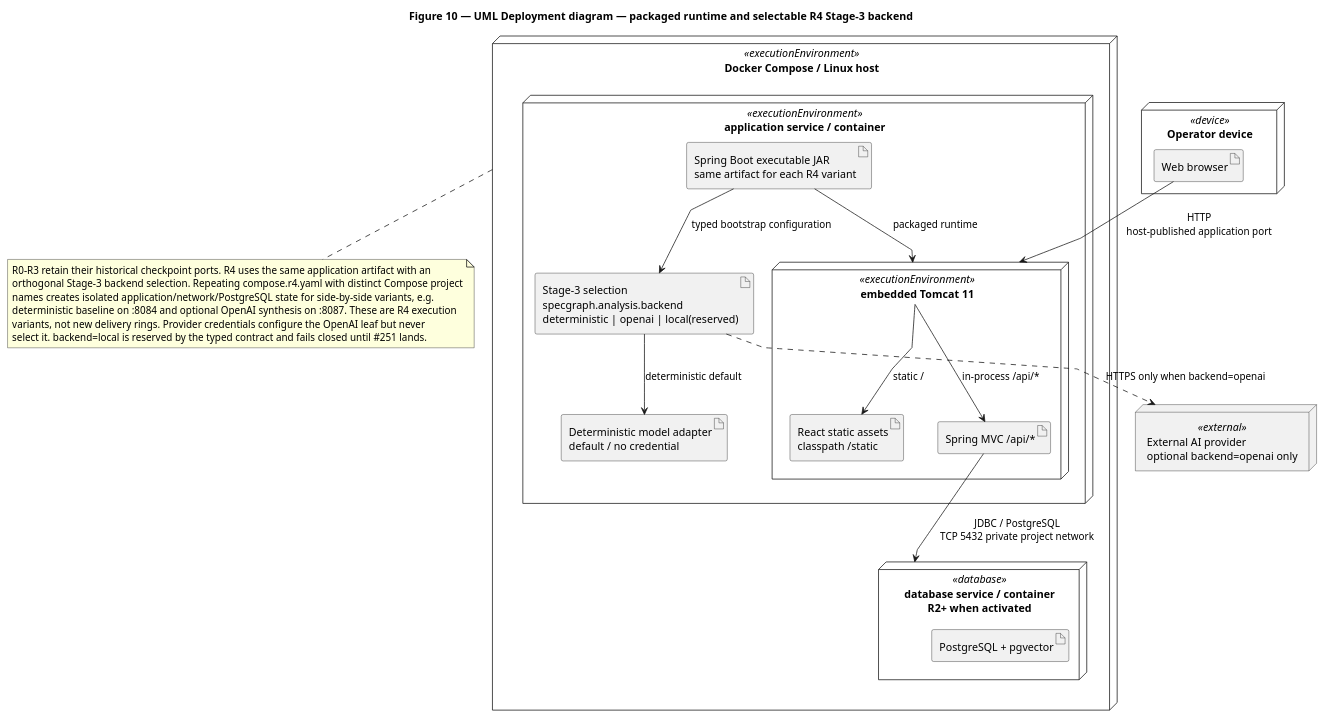
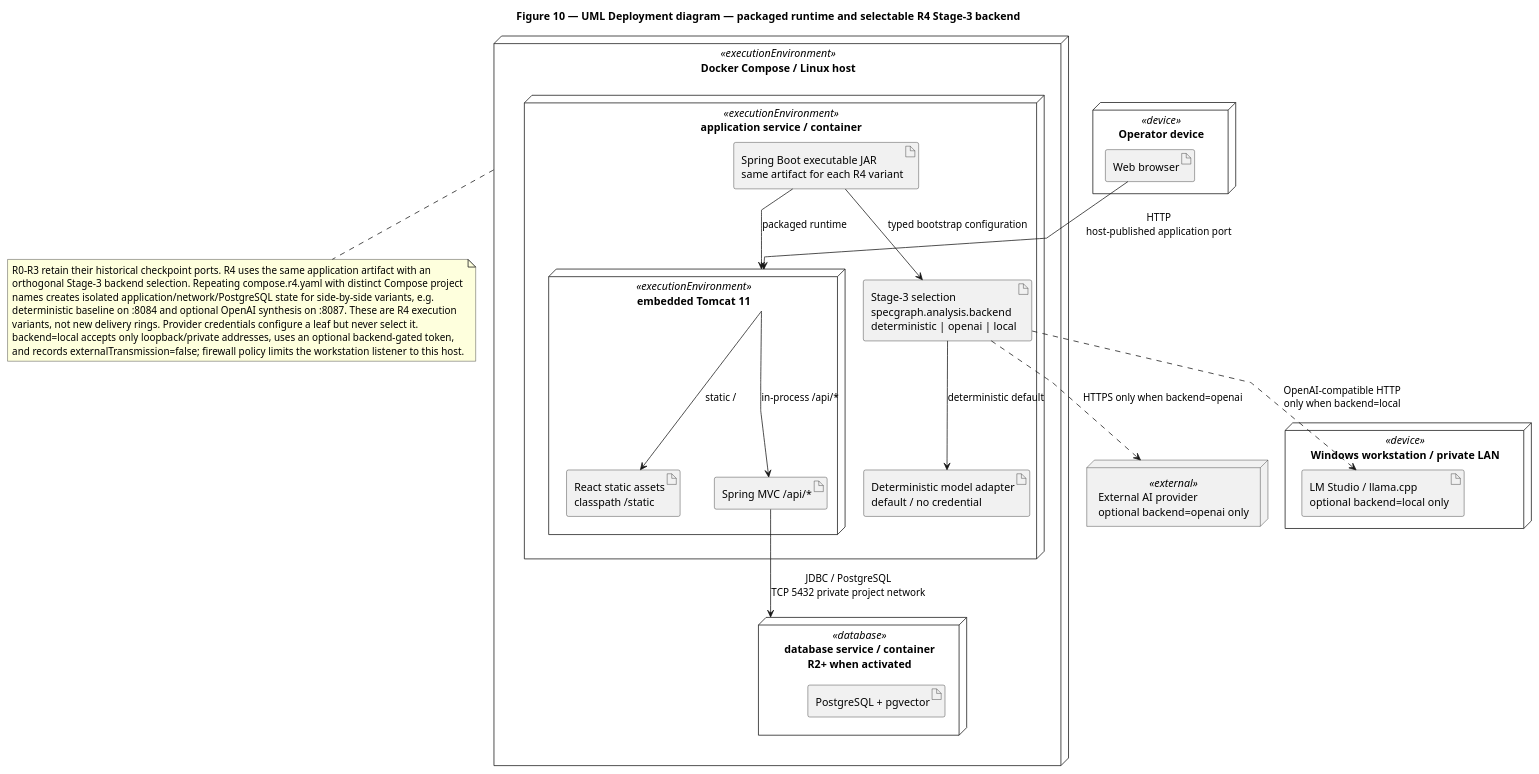
One commit to jdoe-dev-159753/specgraph-reference-app changed the diagram in docs/assignment/SDD/diagrams/deployment-topology.puml. Above: the diagram before and after it, drawn with PlantUML. The commit also changed 11 other files, not shown here.

Commit message:
fix: reconcile local analysis review findings

```diff
--- a/docs/assignment/SDD/diagrams/deployment-topology.puml
+++ b/docs/assignment/SDD/diagrams/deployment-topology.puml
@@ -1,47 +1,52 @@
 @startuml
 title Figure 10 — UML Deployment diagram — packaged runtime and selectable R4 Stage-3 backend
 top to bottom direction
 skinparam linetype polyline
 skinparam nodesep 45
 skinparam ranksep 55
 
 node "Operator device" as Device <<device>> {
   artifact "Web browser" as Browser
 }
 
 node "Docker Compose / Linux host" as Host <<executionEnvironment>> {
   node "application service / container" as App <<executionEnvironment>> {
     node "embedded Tomcat 11" as Tomcat <<executionEnvironment>> {
       artifact "React static assets\nclasspath /static" as React
       artifact "Spring MVC /api/*" as Api
     }
     artifact "Spring Boot executable JAR\nsame artifact for each R4 variant" as Jar
-    artifact "Stage-3 selection\nspecgraph.analysis.backend\ndeterministic | openai | local(reserved)" as BackendSelection
+    artifact "Stage-3 selection\nspecgraph.analysis.backend\ndeterministic | openai | local" as BackendSelection
     artifact "Deterministic model adapter\ndefault / no credential" as Offline
   }
 
   node "database service / container\nR2+ when activated" as DB <<database>> {
     artifact "PostgreSQL + pgvector" as PostgreSQL
   }
 }
 
 node "External AI provider\noptional backend=openai only" as Provider <<external>>
+node "Windows workstation / private LAN" as Workstation <<device>> {
+  artifact "LM Studio / llama.cpp\noptional backend=local only" as LmStudio
+}
 
 Browser --> Tomcat : HTTP\nhost-published application port
 Tomcat --> React : static /
 Tomcat --> Api : in-process /api/*
 Jar --> Tomcat : packaged runtime
 Api --> DB : JDBC / PostgreSQL\nTCP 5432 private project network
 Jar --> BackendSelection : typed bootstrap configuration
 BackendSelection --> Offline : deterministic default
 BackendSelection ..> Provider : HTTPS only when backend=openai
+BackendSelection ..> LmStudio : OpenAI-compatible HTTP\nonly when backend=local
 
 note bottom of Host
   R0-R3 retain their historical checkpoint ports. R4 uses the same application artifact with an
   orthogonal Stage-3 backend selection. Repeating compose.r4.yaml with distinct Compose project
   names creates isolated application/network/PostgreSQL state for side-by-side variants, e.g.
   deterministic baseline on :8084 and optional OpenAI synthesis on :8087. These are R4 execution
-  variants, not new delivery rings. Provider credentials configure the OpenAI leaf but never
-  select it. backend=local is reserved by the typed contract and fails closed until #251 lands.
+  variants, not new delivery rings. Provider credentials configure a leaf but never select it.
+  backend=local accepts only loopback/private addresses, uses an optional backend-gated token,
+  and records externalTransmission=false; firewall policy limits the workstation listener to this host.
 end note
 @enduml
```
